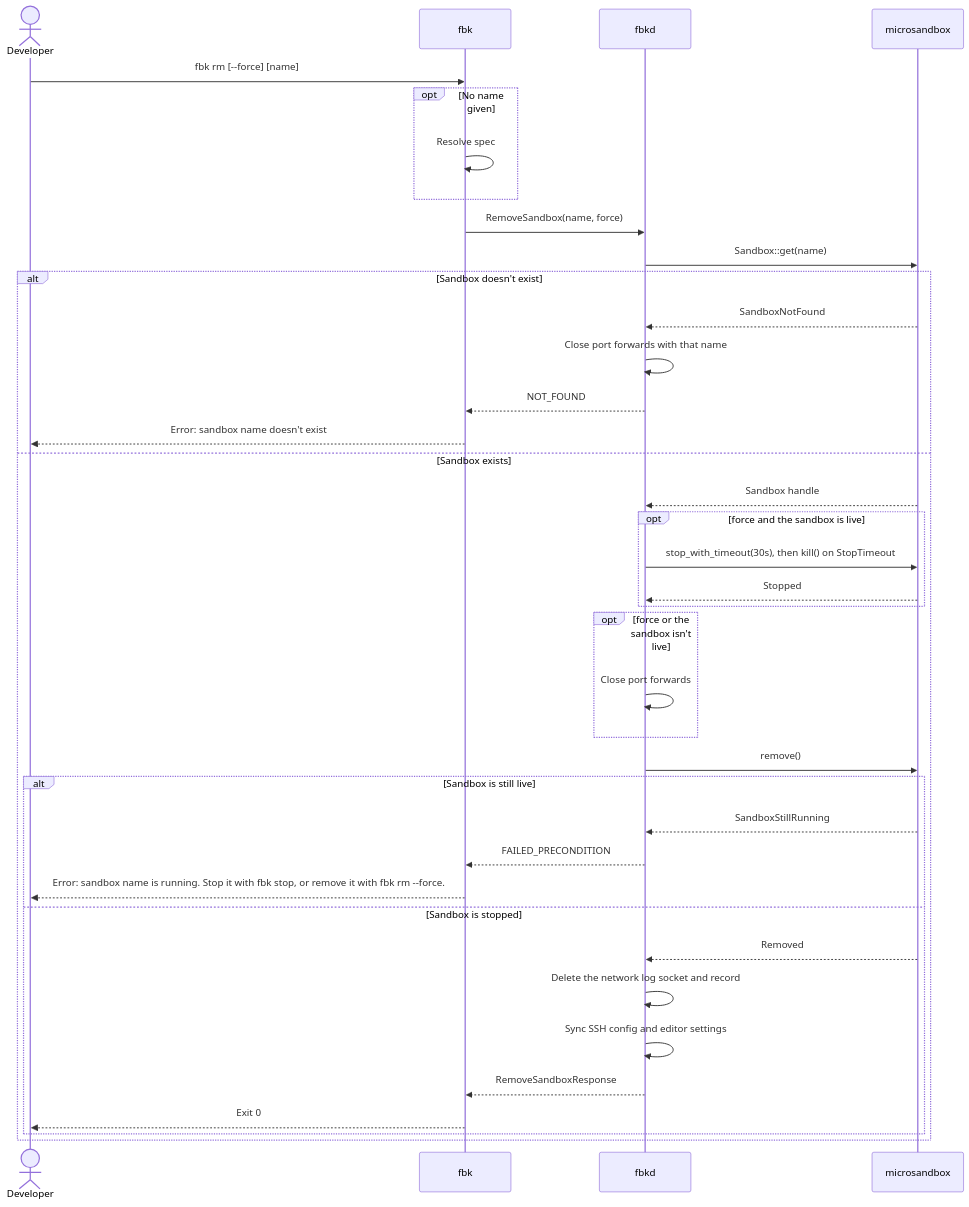
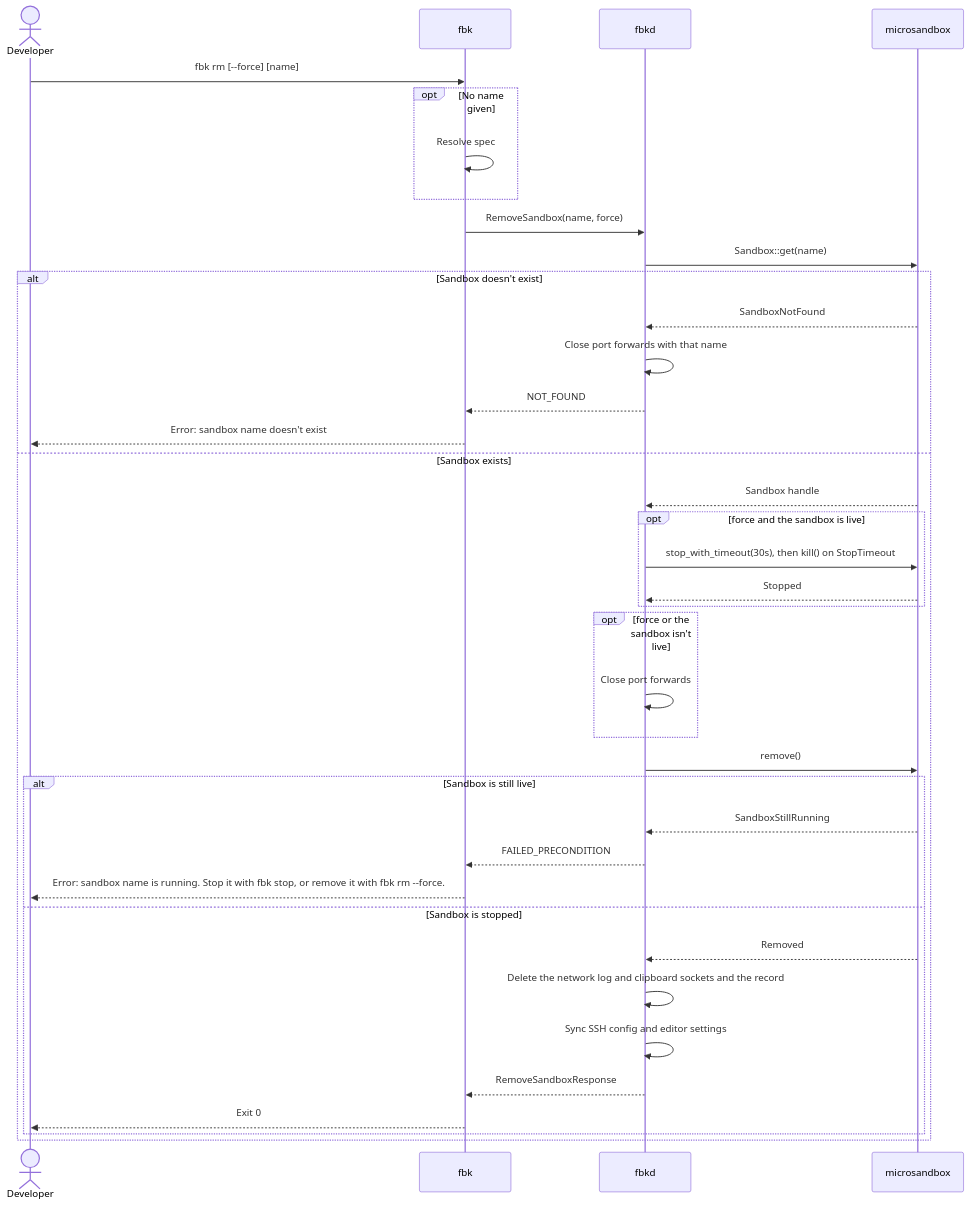
The third of 14 diagrams in docs/architecture/06-runtime-view.md (wmeints/firebrick), drawn with Mermaid before and after one commit. The commit also changed other lines of this file and 26 other files, not shown here.

````diff
--- a/docs/architecture/06-runtime-view.md
+++ b/docs/architecture/06-runtime-view.md
@@ -212,41 +212,41 @@
 ```mermaid
 sequenceDiagram
     actor Dev as Developer
     participant CLI as fbk
     participant D as fbkd
     participant MS as microsandbox
 
     Dev->>CLI: fbk rm [--force] [name]
     opt No name given
         CLI->>CLI: Resolve spec
     end
     CLI->>D: RemoveSandbox(name, force)
     D->>MS: Sandbox::get(name)
     alt Sandbox doesn't exist
         MS-->>D: SandboxNotFound
         D->>D: Close port forwards with that name
         D-->>CLI: NOT_FOUND
         CLI-->>Dev: Error: sandbox name doesn't exist
     else Sandbox exists
         MS-->>D: Sandbox handle
         opt force and the sandbox is live
             D->>MS: stop_with_timeout(30s), then kill() on StopTimeout
             MS-->>D: Stopped
         end
         opt force or the sandbox isn't live
             D->>D: Close port forwards
         end
         D->>MS: remove()
         alt Sandbox is still live
             MS-->>D: SandboxStillRunning
             D-->>CLI: FAILED_PRECONDITION
             CLI-->>Dev: Error: sandbox name is running. Stop it with fbk stop, or remove it with fbk rm --force.
         else Sandbox is stopped
             MS-->>D: Removed
-            D->>D: Delete the network log socket and record
+            D->>D: Delete the network log and clipboard sockets and the record
             D->>D: Sync SSH config and editor settings
             D-->>CLI: RemoveSandboxResponse
             CLI-->>Dev: Exit 0
         end
     end
 ```
````
